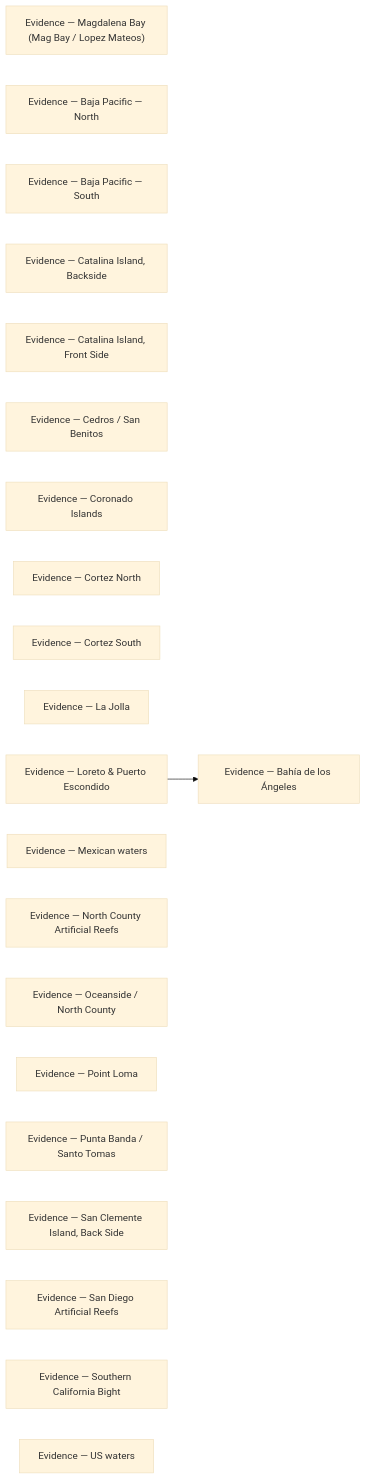
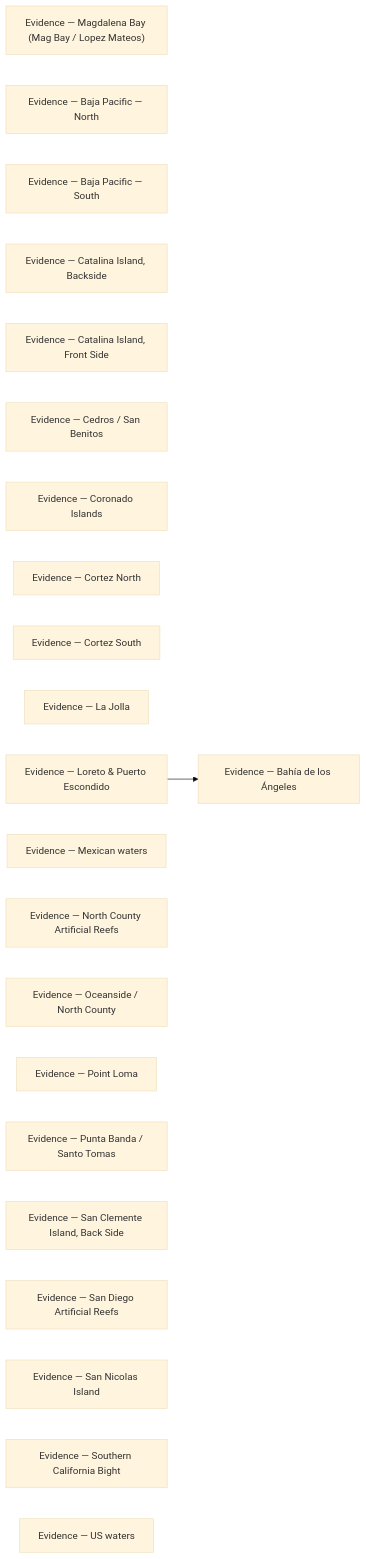
Before and after one commit to camchuckpete-max/Socal-Fishing-Knowledge: the diagram in locations/evidence/README.md, drawn with Mermaid (base theme). The commit also changed other lines of this file and 25 other files, not shown here.

Commit message:
review: locations/san-nicolas-island.md — zone page

````diff
--- a/locations/evidence/README.md
+++ b/locations/evidence/README.md
@@ -34,25 +35,26 @@
 ```mermaid
 graph LR
   n0["Evidence — Bahía de los Ángeles"]
   n1["Evidence — Magdalena Bay (Mag Bay / Lopez Mateos)"]
   n2["Evidence — Baja Pacific — North"]
   n3["Evidence — Baja Pacific — South"]
   n4["Evidence — Catalina Island, Backside"]
   n5["Evidence — Catalina Island, Front Side"]
   n6["Evidence — Cedros / San Benitos"]
   n7["Evidence — Coronado Islands"]
   n8["Evidence — Cortez North"]
   n9["Evidence — Cortez South"]
   n10["Evidence — La Jolla"]
   n11["Evidence — Loreto & Puerto Escondido"]
   n12["Evidence — Mexican waters"]
   n13["Evidence — North County Artificial Reefs"]
   n14["Evidence — Oceanside / North County"]
   n15["Evidence — Point Loma"]
   n16["Evidence — Punta Banda / Santo Tomas"]
   n17["Evidence — San Clemente Island, Back Side"]
   n18["Evidence — San Diego Artificial Reefs"]
-  n19["Evidence — Southern California Bight"]
-  n20["Evidence — US waters"]
+  n19["Evidence — San Nicolas Island"]
+  n20["Evidence — Southern California Bight"]
+  n21["Evidence — US waters"]
   n11 --> n0
 ```
````
